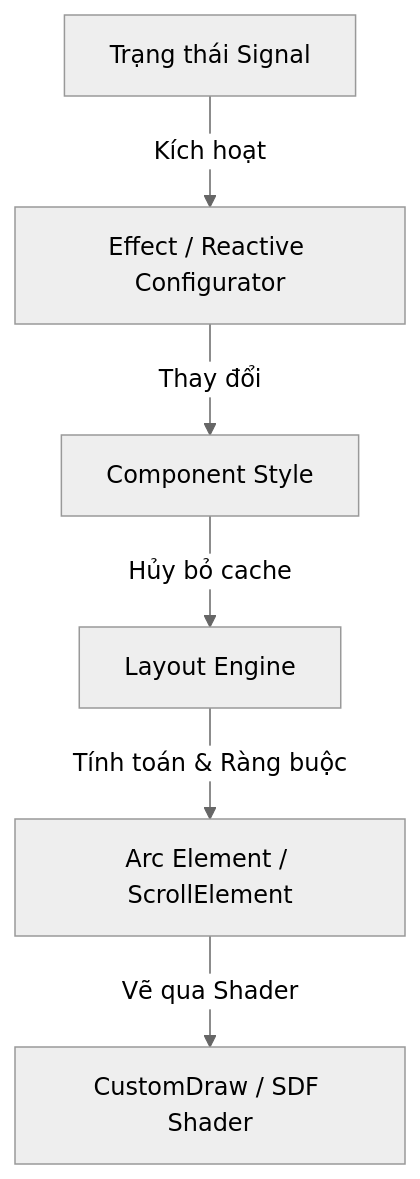
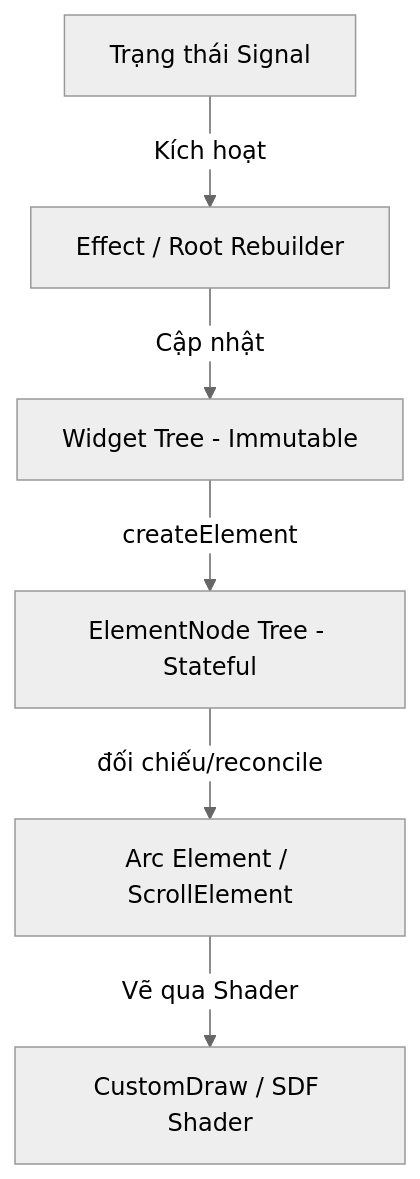
The diagram in docs/user_guide_vi.md (MindustryTool/cat-mod), drawn with Mermaid (neutral theme) before and after one commit. The commit also changed other lines of this file and 3 other files, not shown here.

````diff
--- a/docs/user_guide_vi.md
+++ b/docs/user_guide_vi.md
@@ -16,8 +18,8 @@
 ```mermaid
 graph TD
-    Signal[Trạng thái Signal] -->|Kích hoạt| Effect[Effect / Reactive Configurator]
-    Effect -->|Thay đổi| ComponentStyle[Component Style]
-    ComponentStyle -->|Hủy bỏ cache| LayoutEngine[Layout Engine]
-    LayoutEngine -->|Tính toán & Ràng buộc| ArcElement[Arc Element / ScrollElement]
+    Signal[Trạng thái Signal] -->|Kích hoạt| Effect[Effect / Root Rebuilder]
+    Effect -->|Cập nhật| Widget[Widget Tree - Immutable]
+    Widget -->|createElement| ElementNode[ElementNode Tree - Stateful]
+    ElementNode -->|đối chiếu/reconcile| ArcElement[Arc Element / ScrollElement]
     ArcElement -->|Vẽ qua Shader| CustomDraw[CustomDraw / SDF Shader]
 ```
````
